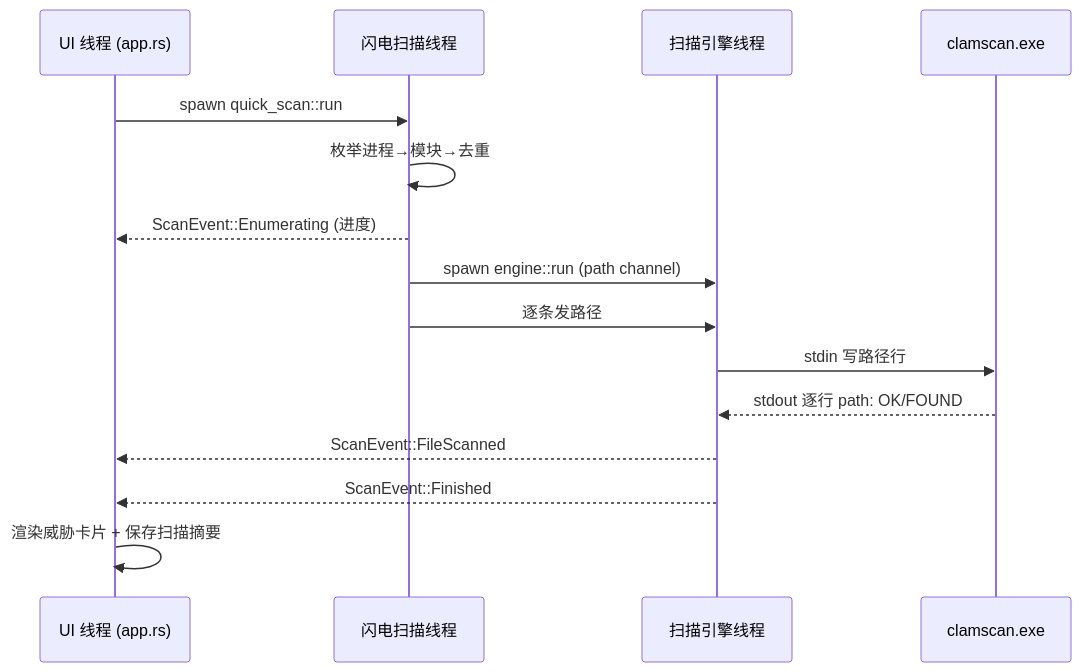
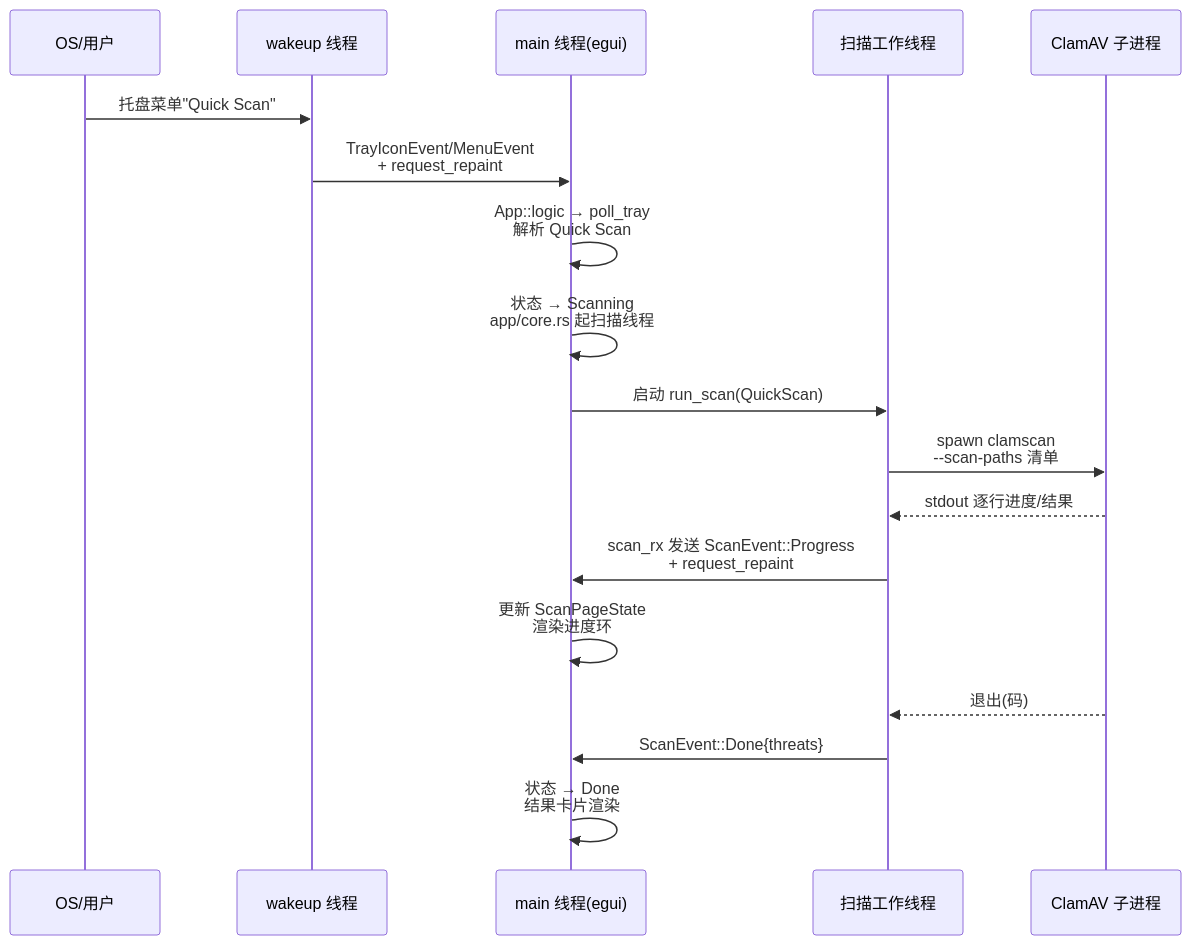
One commit to sopaco/CLV3000 changed the fourth of 4 diagrams in .terrain/human/2.架构.md. Above: the diagram before and after it, drawn with Mermaid. The commit also changed other lines of this file and 11 other files, not shown here.

````diff
--- a/.terrain/human/2.架构.md
+++ b/.terrain/human/2.架构.md
@@ -158,18 +191,21 @@
 ```mermaid
 sequenceDiagram
-    participant UI as UI 线程 (app.rs)
-    participant QS as 闪电扫描线程
-    participant ENG as 扫描引擎线程
-    participant CL as clamscan.exe
+    participant O as OS/用户
+    participant W as wakeup 线程
+    participant M as main 线程(egui)
+    participant T as 扫描工作线程
+    participant C as ClamAV 子进程
 
-    UI->>QS: spawn quick_scan::run
-    QS->>QS: 枚举进程→模块→去重
-    QS-->>UI: ScanEvent::Enumerating (进度)
-    QS->>ENG: spawn engine::run (path channel)
-    QS->>ENG: 逐条发路径
-    ENG->>CL: stdin 写路径行
-    CL-->>ENG: stdout 逐行 path: OK/FOUND
-    ENG-->>UI: ScanEvent::FileScanned
-    ENG-->>UI: ScanEvent::Finished
-    UI->>UI: 渲染威胁卡片 + 保存扫描摘要
+    O->>W: 托盘菜单"Quick Scan"
+    W->>M: TrayIconEvent/MenuEvent<br/>+ request_repaint
+    M->>M: App::logic → poll_tray<br/>解析 Quick Scan
+    M->>M: 状态 → Scanning<br/>app/core.rs 起扫描线程
+    M->>T: 启动 run_scan(QuickScan)
+    T->>C: spawn clamscan<br/>--scan-paths 清单
+    C-->>T: stdout 逐行进度/结果
+    T->>M: scan_rx 发送 ScanEvent::Progress<br/>+ request_repaint
+    M->>M: 更新 ScanPageState<br/>渲染进度环
+    C-->>T: 退出(码)
+    T->>M: ScanEvent::Done{threats}
+    M->>M: 状态 → Done<br/>结果卡片渲染
 ```
````
